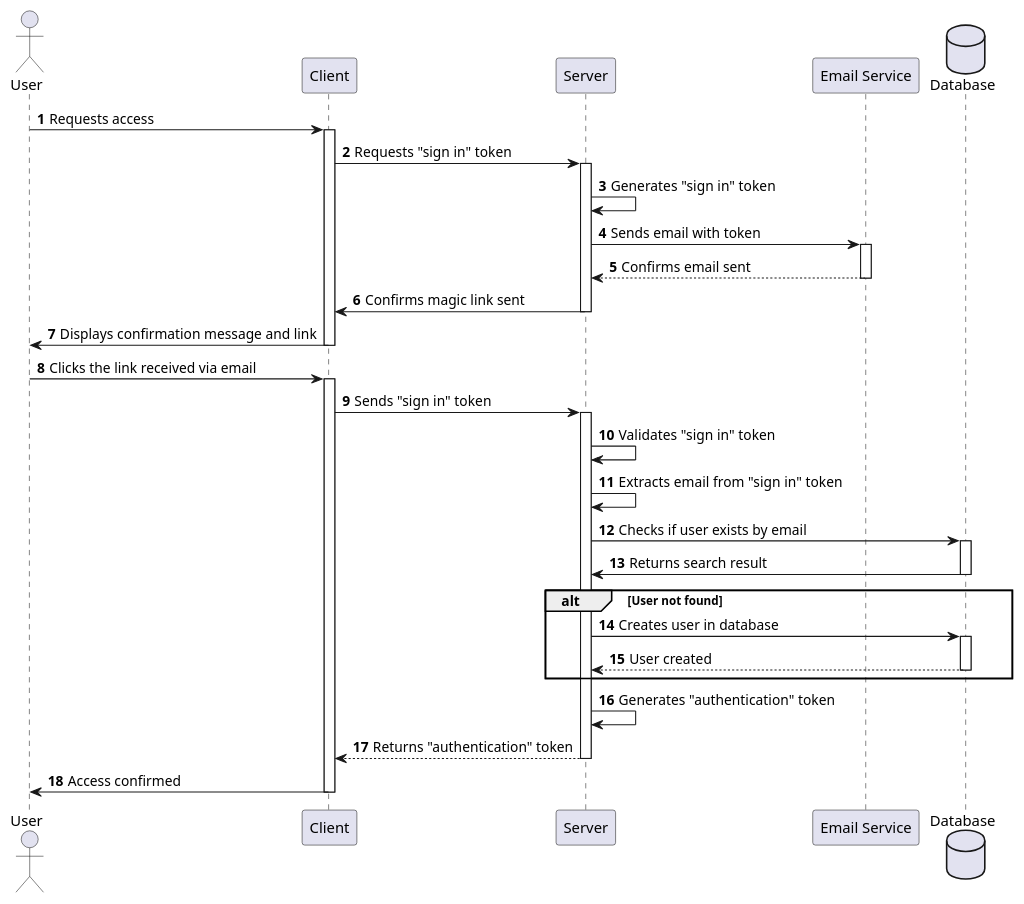
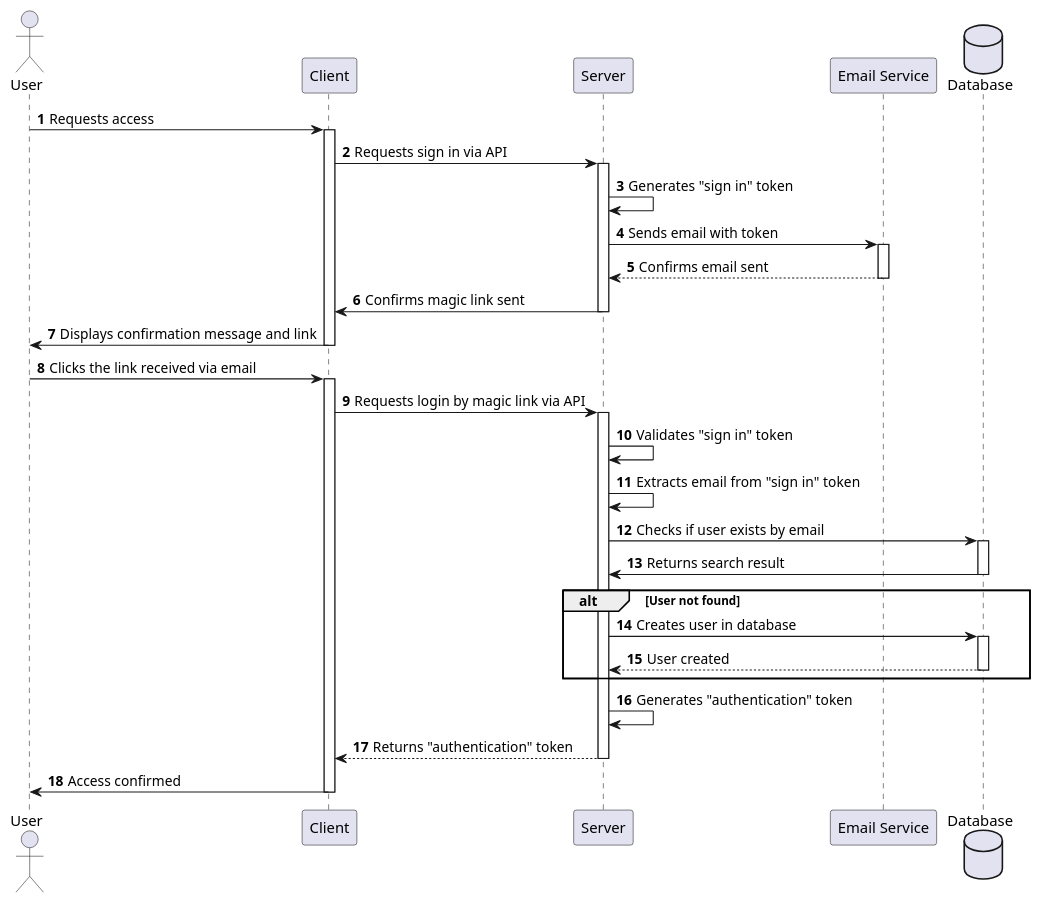
Before and after one commit to marcomoauro/magic-link-auth: the diagram in diagrams/sequence.puml, drawn with PlantUML. The commit also changed 1 other file, not shown here.

Commit message:
update sequence diagram

```diff
--- a/diagrams/sequence.puml
+++ b/diagrams/sequence.puml
@@ -1,46 +1,46 @@
 @startuml
 actor User
 participant "Client" as Client
 participant "Server" as Server
 participant "Email Service" as EmailService
 database "Database" as Database
 
 autonumber
 
 User -> Client: Requests access
 activate Client
-Client -> Server: Requests "sign in" token
+Client -> Server: Requests sign in via API
 activate Server
 Server -> Server: Generates "sign in" token
 Server -> EmailService: Sends email with token
 activate EmailService
 EmailService --> Server: Confirms email sent
 deactivate EmailService
 Server -> Client: Confirms magic link sent
 deactivate Server
 Client -> User: Displays confirmation message and link
 deactivate Client
 
 User -> Client: Clicks the link received via email
 activate Client
-Client -> Server: Sends "sign in" token
+Client -> Server: Requests login by magic link via API
 activate Server
 Server -> Server: Validates "sign in" token
 Server -> Server: Extracts email from "sign in" token
 Server -> Database: Checks if user exists by email
 activate Database
 Database -> Server: Returns search result
 deactivate Database
 alt User not found
 Server -> Database: Creates user in database
 activate Database
 Database --> Server: User created
 deactivate Database
 end
 Server -> Server: Generates "authentication" token
 Server --> Client: Returns "authentication" token
 deactivate Server
 Client -> User: Access confirmed
 deactivate Client
 
 @enduml
```
